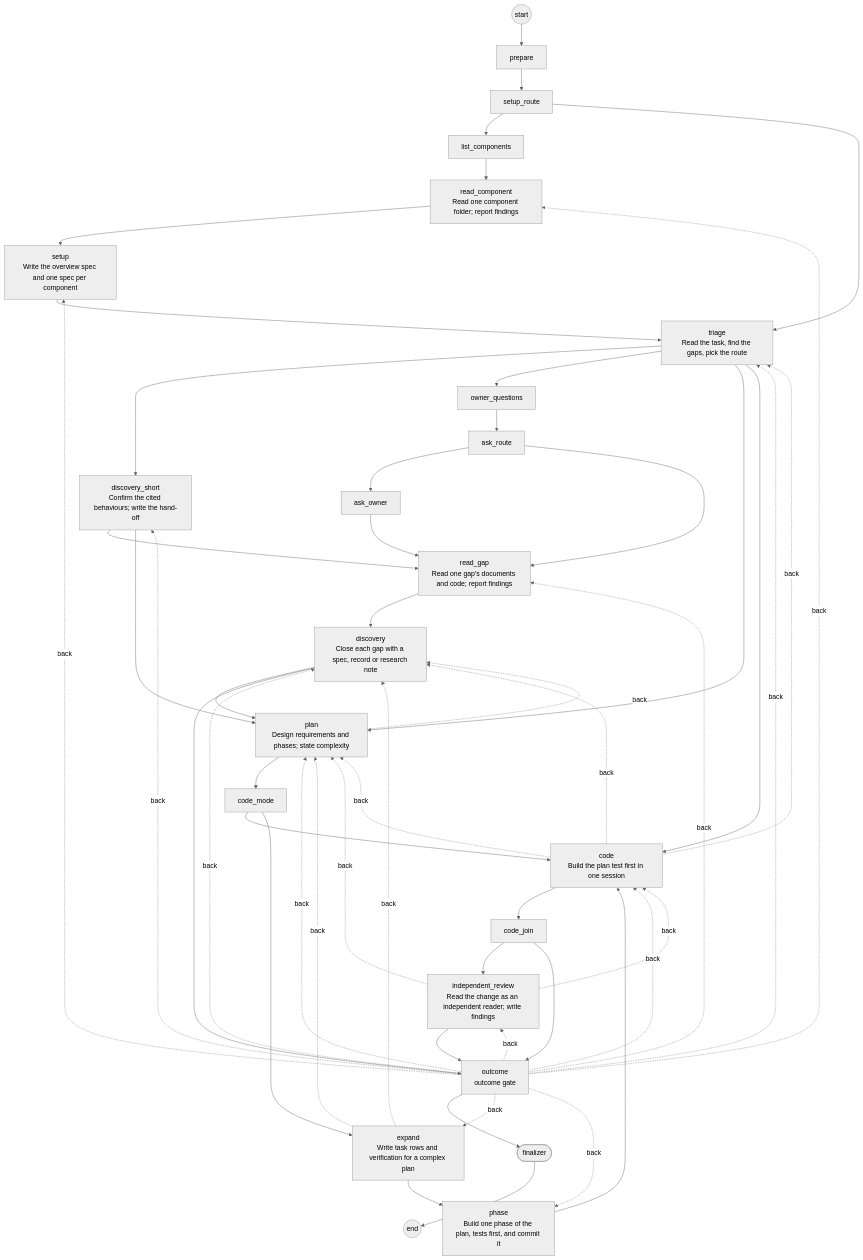
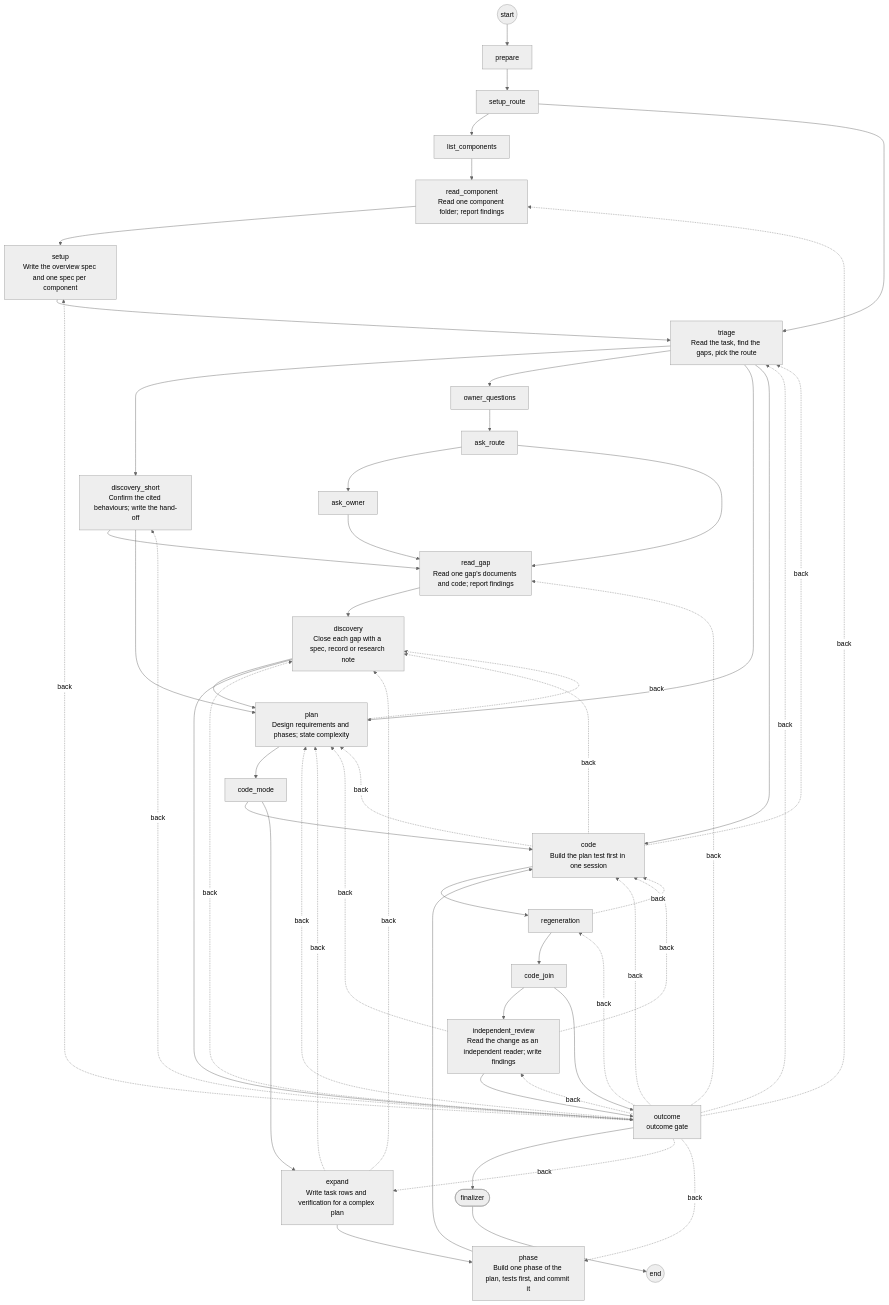
The diagram in plugins/temperspec-tgraph/diagram/workflow.md (dbr0vskyi/tempergraph), drawn with Mermaid (neutral theme) before and after one commit. The commit also changed 3 other files, not shown here.

````diff
--- a/plugins/temperspec-tgraph/diagram/workflow.md
+++ b/plugins/temperspec-tgraph/diagram/workflow.md
@@ -1,77 +1,81 @@
 ```mermaid
 flowchart TD
   start((start))
   u0["prepare"]
   u1["setup_route"]
   u2["list_components"]
   u3["read_component<br/>Read one component folder; report findings"]
   u4["setup<br/>Write the overview spec and one spec per component"]
   u5["triage<br/>Read the task, find the gaps, pick the route"]
   u6["discovery_short<br/>Confirm the cited behaviours; write the hand-off"]
   u7["owner_questions"]
   u8["ask_route"]
   u9["ask_owner"]
   u10["read_gap<br/>Read one gap's documents and code; report findings"]
   u11["discovery<br/>Close each gap with a spec, record or research note"]
   u12["plan<br/>Design requirements and phases; state complexity"]
   u13["code_mode"]
   u14["expand<br/>Write task rows and verification for a complex plan"]
   u15["phase<br/>Build one phase of the plan, tests first, and commit it"]
   u16["code<br/>Build the plan test first in one session"]
-  u17["code_join"]
-  u18["independent_review<br/>Read the change as an independent reader; write findings"]
-  u19["outcome<br/>outcome gate"]
+  u17["regeneration"]
+  u18["code_join"]
+  u19["independent_review<br/>Read the change as an independent reader; write findings"]
+  u20["outcome<br/>outcome gate"]
   fin([finalizer])
   stop((end))
   start --> u0
   u0 --> u1
   u1 --> u2
   u1 --> u5
   u2 --> u3
   u3 --> u4
   u4 --> u5
   u5 --> u6
   u5 --> u7
   u5 --> u12
   u5 --> u16
   u6 --> u10
   u6 --> u12
   u7 --> u8
   u8 --> u9
   u8 --> u10
   u9 --> u10
   u10 --> u11
   u11 --> u12
-  u11 --> u19
+  u11 --> u20
   u12 --> u13
   u12 -.->|back| u11
   u13 --> u16
   u13 --> u14
   u14 --> u15
   u14 -.->|back| u12
   u14 -.->|back| u11
   u15 --> u16
   u16 --> u17
   u16 -.->|back| u12
   u16 -.->|back| u11
   u16 -.->|back| u5
   u17 --> u18
-  u17 --> u19
+  u17 -.->|back| u16
   u18 --> u19
-  u18 -.->|back| u12
-  u18 -.->|back| u16
-  u19 --> fin
-  u19 -.->|back| u3
-  u19 -.->|back| u4
-  u19 -.->|back| u5
-  u19 -.->|back| u6
-  u19 -.->|back| u10
-  u19 -.->|back| u11
+  u18 --> u20
+  u19 --> u20
   u19 -.->|back| u12
-  u19 -.->|back| u14
-  u19 -.->|back| u15
   u19 -.->|back| u16
-  u19 -.->|back| u18
+  u20 --> fin
+  u20 -.->|back| u3
+  u20 -.->|back| u4
+  u20 -.->|back| u5
+  u20 -.->|back| u6
+  u20 -.->|back| u10
+  u20 -.->|back| u11
+  u20 -.->|back| u12
+  u20 -.->|back| u14
+  u20 -.->|back| u15
+  u20 -.->|back| u16
+  u20 -.->|back| u17
+  u20 -.->|back| u19
   fin --> stop
 
 ```
````
